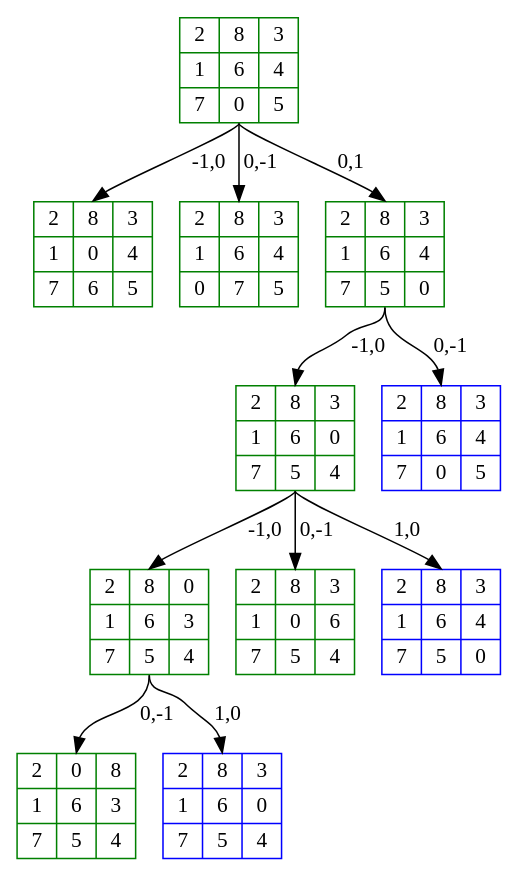
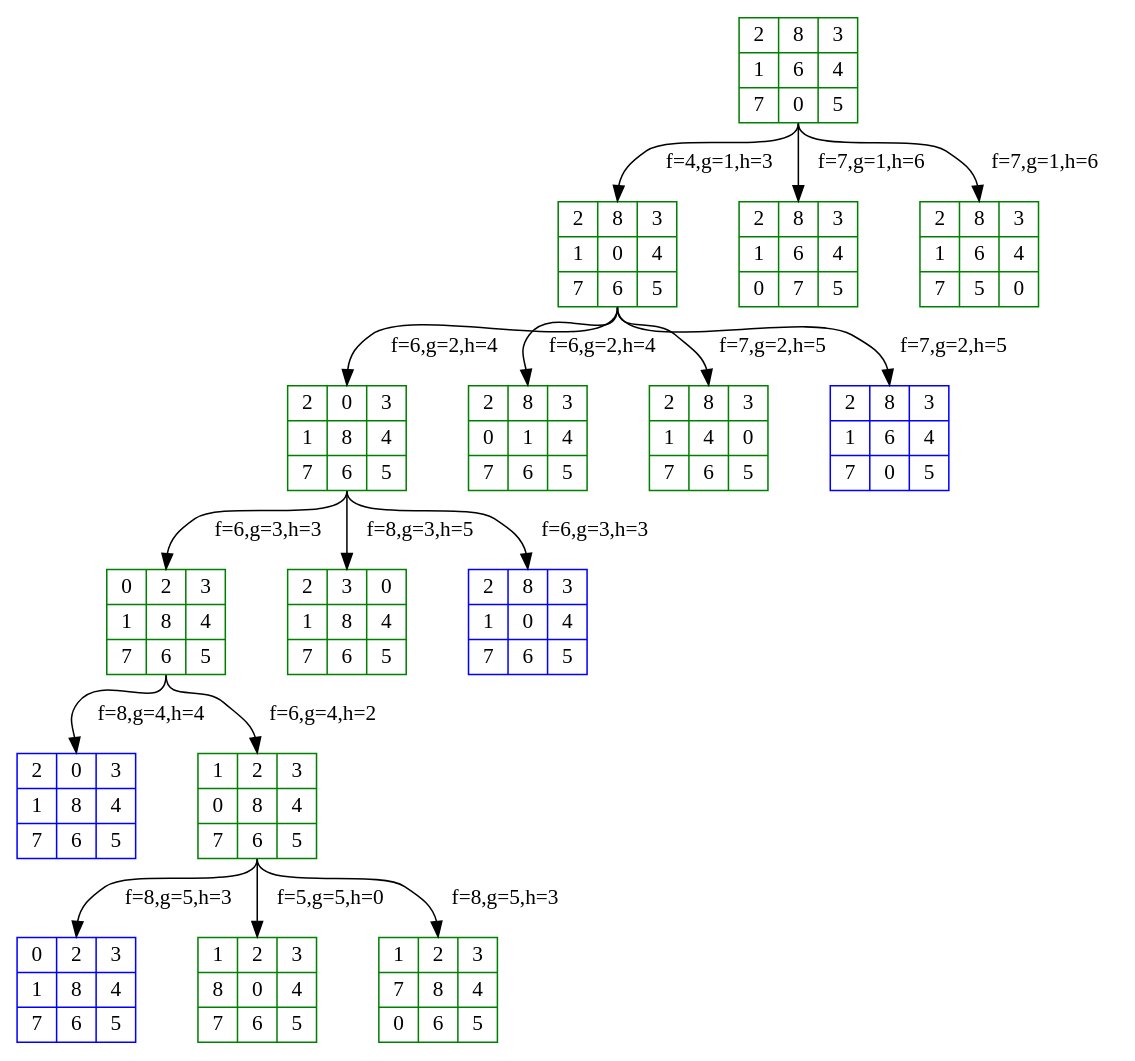
The diagram in Assignment2/btree.dot (Nirmaldahal25/AIassignments), drawn with Graphviz before and after one commit. The commit also changed 1 other file, not shown here.

```diff
--- a/Assignment2/btree.dot
+++ b/Assignment2/btree.dot
@@ -1,24 +1,34 @@
 digraph g {
 	node [height=.4 shape=record]
 	node1 [label="{{2|<f1>8|3}|{1|6|4}|{7|<f2>0|5}}" color=green]
 	node2 [label="{{2|<f1>8|3}|{1|0|4}|{7|<f2>6|5}}" color=green]
-	node3 [label="{{2|<f1>8|3}|{1|6|4}|{0|<f2>7|5}}" color=green]
-	node4 [label="{{2|<f1>8|3}|{1|6|4}|{7|<f2>5|0}}" color=green]
-	node5 [label="{{2|<f1>8|3}|{1|6|0}|{7|<f2>5|4}}" color=green]
-	node6 [label="{{2|<f1>8|0}|{1|6|3}|{7|<f2>5|4}}" color=green]
-	node7 [label="{{2|<f1>0|8}|{1|6|3}|{7|<f2>5|4}}" color=green]
-	node8 [label="{{2|<f1>8|3}|{1|6|0}|{7|<f2>5|4}}" color=blue]
-	node9 [label="{{2|<f1>8|3}|{1|0|6}|{7|<f2>5|4}}" color=green]
-	node10 [label="{{2|<f1>8|3}|{1|6|4}|{7|<f2>5|0}}" color=blue]
-	node11 [label="{{2|<f1>8|3}|{1|6|4}|{7|<f2>0|5}}" color=blue]
-	node1:f2 -> node2:f1 [label="-1,0" len=1.00]
-	node1:f2 -> node3:f1 [label="0,-1" len=1.00]
-	node1:f2 -> node4:f1 [label="0,1" len=1.00]
-	node4:f2 -> node5:f1 [label="-1,0" len=1.00]
-	node5:f2 -> node6:f1 [label="-1,0" len=1.00]
-	node6:f2 -> node7:f1 [label="0,-1" len=1.00]
-	node6:f2 -> node8:f1 [label="1,0" len=1.00]
-	node5:f2 -> node9:f1 [label="0,-1" len=1.00]
-	node5:f2 -> node10:f1 [label="1,0" len=1.00]
-	node4:f2 -> node11:f1 [label="0,-1" len=1.00]
+	node3 [label="{{2|<f1>0|3}|{1|8|4}|{7|<f2>6|5}}" color=green]
+	node4 [label="{{0|<f1>2|3}|{1|8|4}|{7|<f2>6|5}}" color=green]
+	node5 [label="{{2|<f1>0|3}|{1|8|4}|{7|<f2>6|5}}" color=blue]
+	node6 [label="{{1|<f1>2|3}|{0|8|4}|{7|<f2>6|5}}" color=green]
+	node7 [label="{{0|<f1>2|3}|{1|8|4}|{7|<f2>6|5}}" color=blue]
+	node8 [label="{{1|<f1>2|3}|{8|0|4}|{7|<f2>6|5}}" color=green]
+	node9 [label="{{1|<f1>2|3}|{7|8|4}|{0|<f2>6|5}}" color=green]
+	node10 [label="{{2|<f1>3|0}|{1|8|4}|{7|<f2>6|5}}" color=green]
+	node11 [label="{{2|<f1>8|3}|{1|0|4}|{7|<f2>6|5}}" color=blue]
+	node12 [label="{{2|<f1>8|3}|{0|1|4}|{7|<f2>6|5}}" color=green]
+	node13 [label="{{2|<f1>8|3}|{1|4|0}|{7|<f2>6|5}}" color=green]
+	node14 [label="{{2|<f1>8|3}|{1|6|4}|{7|<f2>0|5}}" color=blue]
+	node15 [label="{{2|<f1>8|3}|{1|6|4}|{0|<f2>7|5}}" color=green]
+	node16 [label="{{2|<f1>8|3}|{1|6|4}|{7|<f2>5|0}}" color=green]
+	node1:f2 -> node2:f1 [label="f=4,g=1,h=3" len=1.00]
+	node2:f2 -> node3:f1 [label="f=6,g=2,h=4" len=1.00]
+	node3:f2 -> node4:f1 [label="f=6,g=3,h=3" len=1.00]
+	node4:f2 -> node5:f1 [label="f=8,g=4,h=4" len=1.00]
+	node4:f2 -> node6:f1 [label="f=6,g=4,h=2" len=1.00]
+	node6:f2 -> node7:f1 [label="f=8,g=5,h=3" len=1.00]
+	node6:f2 -> node8:f1 [label="f=5,g=5,h=0" len=1.00]
+	node6:f2 -> node9:f1 [label="f=8,g=5,h=3" len=1.00]
+	node3:f2 -> node10:f1 [label="f=8,g=3,h=5" len=1.00]
+	node3:f2 -> node11:f1 [label="f=6,g=3,h=3" len=1.00]
+	node2:f2 -> node12:f1 [label="f=6,g=2,h=4" len=1.00]
+	node2:f2 -> node13:f1 [label="f=7,g=2,h=5" len=1.00]
+	node2:f2 -> node14:f1 [label="f=7,g=2,h=5" len=1.00]
+	node1:f2 -> node15:f1 [label="f=7,g=1,h=6" len=1.00]
+	node1:f2 -> node16:f1 [label="f=7,g=1,h=6" len=1.00]
 }
```
